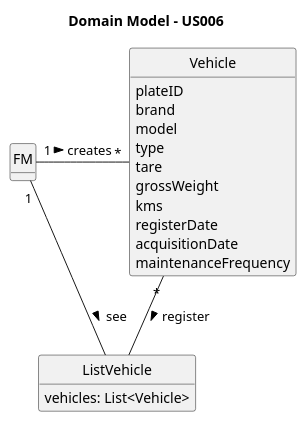
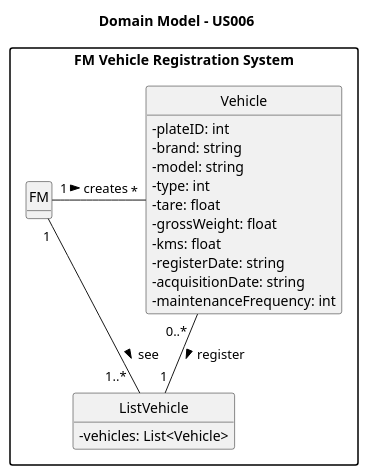
The diagram in docs/sprintA/us006/02.analysis/puml/us006-domain-model.puml (SAEmanuel/Green_Spaces_Management_ISEP), drawn with PlantUML before and after one commit. The commit also changed 3 other files, not shown here.

```diff
--- a/docs/sprintA/us006/02.analysis/puml/us006-domain-model.puml
+++ b/docs/sprintA/us006/02.analysis/puml/us006-domain-model.puml
@@ -1,42 +1,40 @@
 @startuml
 skinparam monochrome true
 skinparam packageStyle rectangle
 skinparam shadowing false
 
-'left to right direction
-
 skinparam classAttributeIconSize 0
 
-hide circle
+hide circles
 hide methods
 
 title Domain Model - US006
 
+package "FM Vehicle Registration System" {
 
-class FM {
-}
+    class FM {
+    }
 
-class Vehicle {
-     plateID
-     brand
-     model
-     type
-     tare
-     grossWeight
-     kms
-     registerDate
-     acquisitionDate
-     maintenanceFrequency
-}
+    class Vehicle {
+         - plateID: int
+         - brand: string
+         - model: string
+         - type: int
+         - tare: float
+         - grossWeight: float
+         - kms: float
+         - registerDate: string
+         - acquisitionDate: string
+         - maintenanceFrequency: int
+    }
 
-class ListVehicle {
-    vehicles: List<Vehicle>
-}
+    class ListVehicle {
+        - vehicles: List<Vehicle>
+    }
 
 
-FM "1" - "*" Vehicle : creates >
-FM "1" - ListVehicle: see >
-
-Vehicle "*" -- ListVehicle : register >
-
+    FM "1" - "*" Vehicle : creates >
+    FM "1" - "1..*  " ListVehicle: see >
+    Vehicle "0..*  " -- "1" ListVehicle : register >
+}
 @enduml
```
